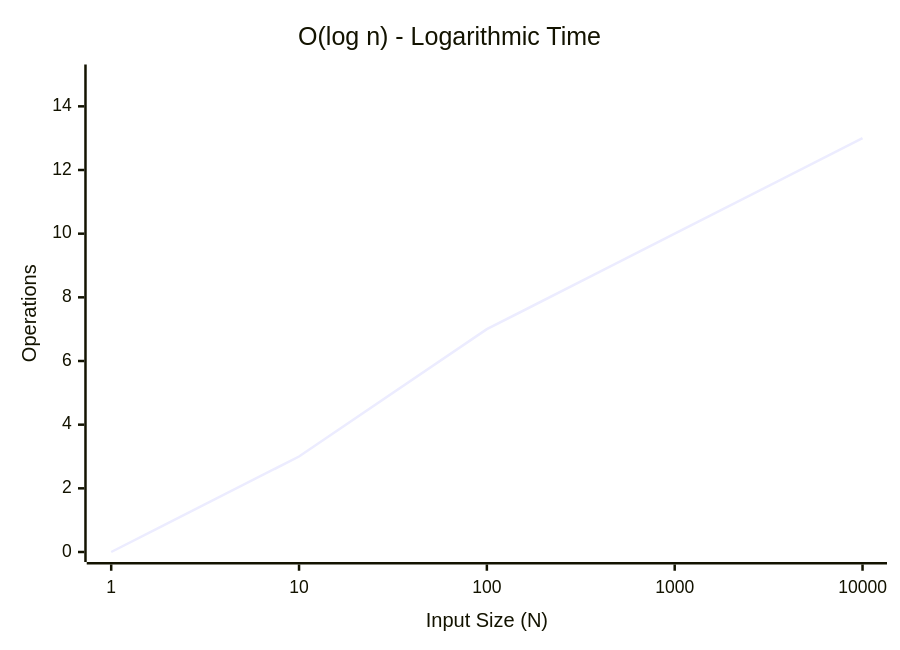
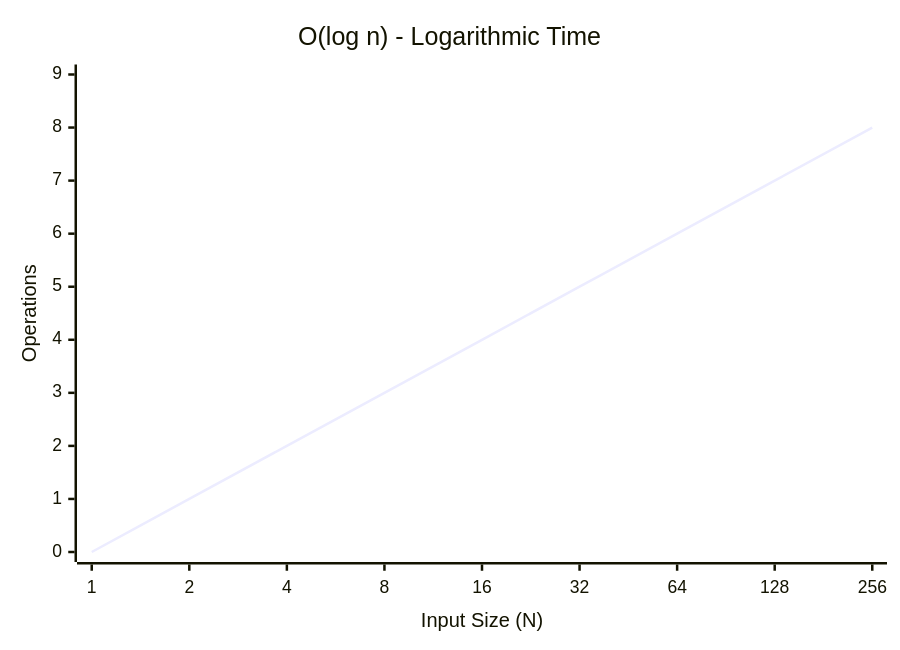
Before and after one commit to youngmin-gwon/what-i-studied: the second of 6 diagrams in 01_inbox/algorithm/algo-complexity-and-big-o.md, drawn with Mermaid. The commit also changed other lines of this file, not shown here.

````diff
--- a/01_inbox/algorithm/algo-complexity-and-big-o.md
+++ b/01_inbox/algorithm/algo-complexity-and-big-o.md
@@ -66,7 +66,7 @@
 ```mermaid
 xychart-beta
     title "O(log n) - Logarithmic Time"
-    x-axis "Input Size (N)" [1, 10, 100, 1000, 10000]
-    y-axis "Operations" 0 --> 15
-    line "O(log n)" [0, 3, 7, 10, 13]
+    x-axis "Input Size (N)" [1, 2, 4, 8, 16, 32, 64, 128, 256]
+    y-axis "Operations" 0 --> 9
+    line "O(log n)" [0, 1, 2, 3, 4, 5, 6, 7, 8]
 ```
````
